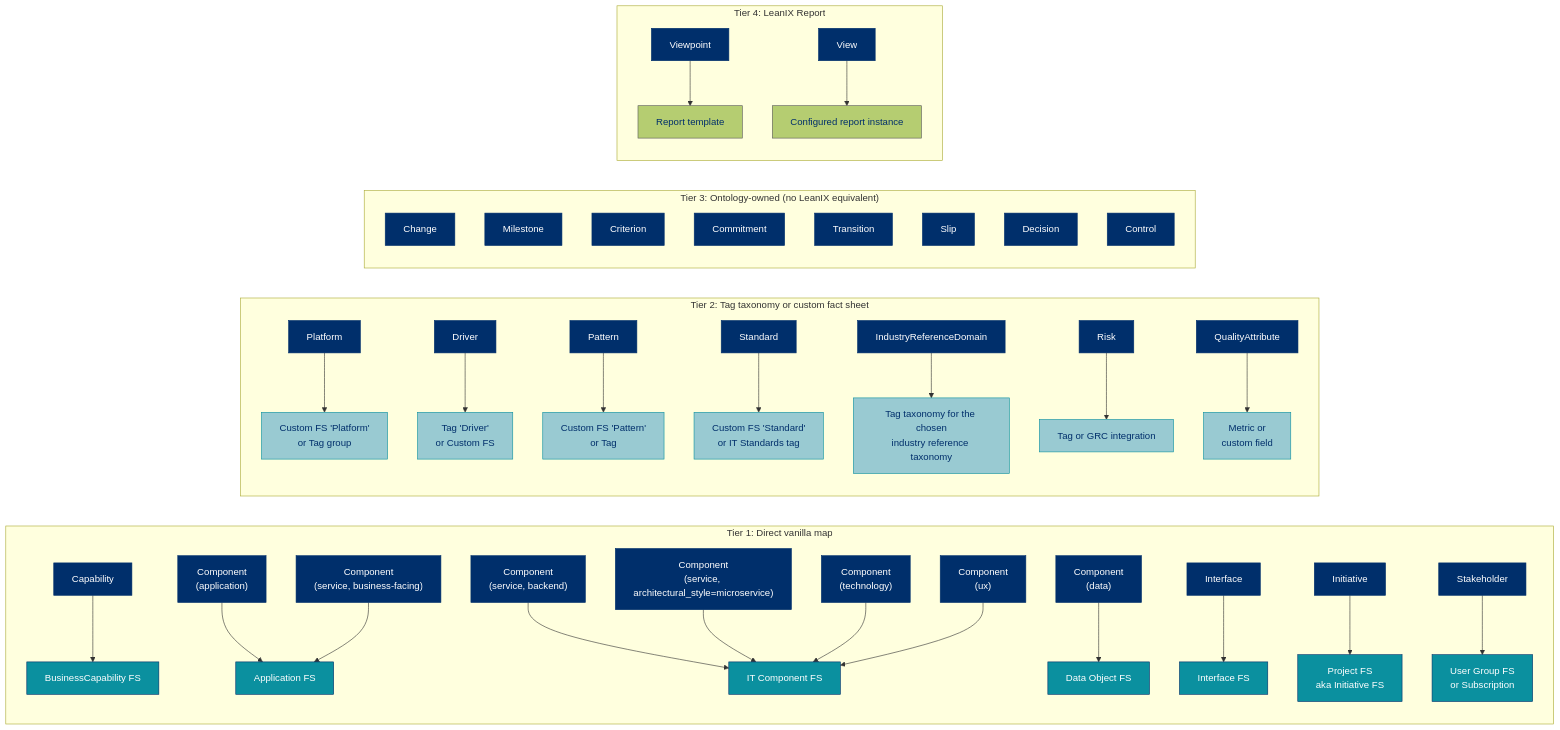
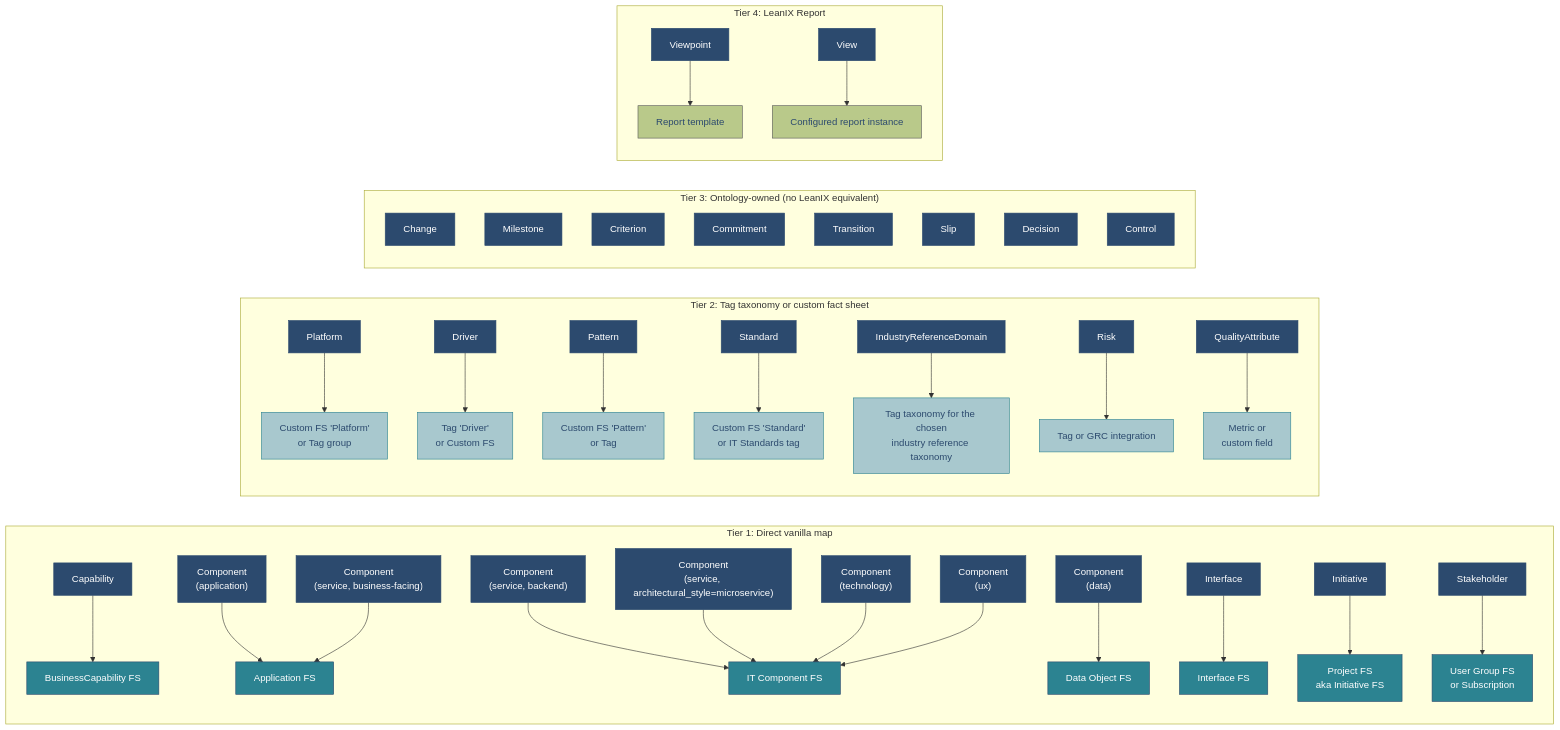
Diagram 34 of 34 in standards/ontology/SPECIFICATION.md (dermot-obrien/ai-assisted-architecture), drawn with Mermaid before and after one commit. The commit also changed other lines of this file and 6 other files, not shown here.

````diff
--- a/standards/ontology/SPECIFICATION.md
+++ b/standards/ontology/SPECIFICATION.md
@@ -1226,47 +1226,47 @@
 ```mermaid
 flowchart LR
   subgraph T1["Tier 1: Direct vanilla map"]
     direction TB
     CAP[Capability]:::ont --> BC[BusinessCapability FS]:::lix
     CMP_APP["Component<br/>(application)"]:::ont --> APP[Application FS]:::lix
     CMP_SVC["Component<br/>(service, business-facing)"]:::ont --> APP
     CMP_SVC2["Component<br/>(service, backend)"]:::ont --> ITC[IT Component FS]:::lix
     CMP_MICRO["Component<br/>(service, architectural_style=microservice)"]:::ont --> ITC
     CMP_TECH["Component<br/>(technology)"]:::ont --> ITC
     CMP_DATA["Component<br/>(data)"]:::ont --> DO[Data Object FS]:::lix
     CMP_UX["Component<br/>(ux)"]:::ont --> ITC
     IF[Interface]:::ont --> IFS[Interface FS]:::lix
     IN[Initiative]:::ont --> PRJ[Project FS<br/>aka Initiative FS]:::lix
     SH[Stakeholder]:::ont --> UG[User Group FS<br/>or Subscription]:::lix
   end
   subgraph T2["Tier 2: Tag taxonomy or custom fact sheet"]
     direction TB
     PL[Platform]:::ont --> CFS_PL[Custom FS 'Platform'<br/>or Tag group]:::lix2
     DR[Driver]:::ont --> CFS_DR[Tag 'Driver'<br/>or Custom FS]:::lix2
     PT[Pattern]:::ont --> CFS_PT[Custom FS 'Pattern'<br/>or Tag]:::lix2
     ST[Standard]:::ont --> CFS_ST[Custom FS 'Standard'<br/>or IT Standards tag]:::lix2
     IRD[IndustryReferenceDomain]:::ont --> TAG_IRT[Tag taxonomy for the chosen<br/>industry reference taxonomy]:::lix2
     RK[Risk]:::ont --> CFS_RK[Tag or GRC integration]:::lix2
     QA[QualityAttribute]:::ont --> METRIC[Metric or<br/>custom field]:::lix2
   end
   subgraph T3["Tier 3: Ontology-owned (no LeanIX equivalent)"]
     direction TB
     CH[Change]:::ont
     MS[Milestone]:::ont
     CR[Criterion]:::ont
     CMT[Commitment]:::ont
     TR[Transition]:::ont
     SL[Slip]:::ont
     DE[Decision]:::ont
     CT[Control]:::ont
   end
   subgraph T4["Tier 4: LeanIX Report"]
     direction TB
     VP[Viewpoint]:::ont --> RPT_T[Report template]:::lix3
     VW[View]:::ont --> RPT_I[Configured report instance]:::lix3
   end
-  classDef ont fill:#002F6B,stroke:#002F6B,color:#fff
-  classDef lix fill:#0B909F,stroke:#002F6B,color:#fff
-  classDef lix2 fill:#99CAD2,stroke:#0B909F,color:#002F6B
-  classDef lix3 fill:#B5CD71,stroke:#5A5A5A,color:#002F6B
+  classDef ont fill:#2C4A6E,stroke:#2C4A6E,color:#fff
+  classDef lix fill:#2C8391,stroke:#2C4A6E,color:#fff
+  classDef lix2 fill:#A8C8CE,stroke:#2C8391,color:#2C4A6E
+  classDef lix3 fill:#B9C98A,stroke:#5A5A5A,color:#2C4A6E
 ```
````
